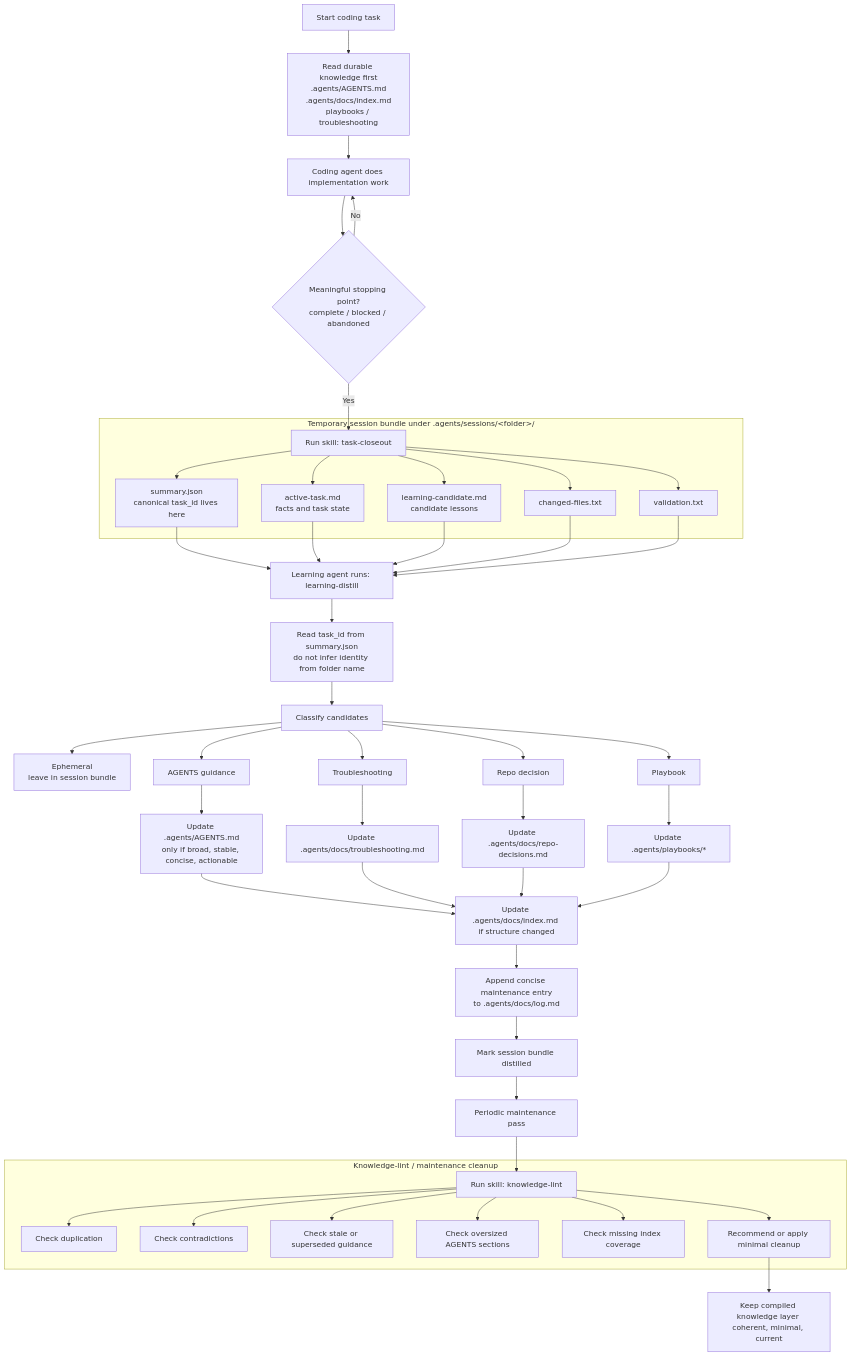
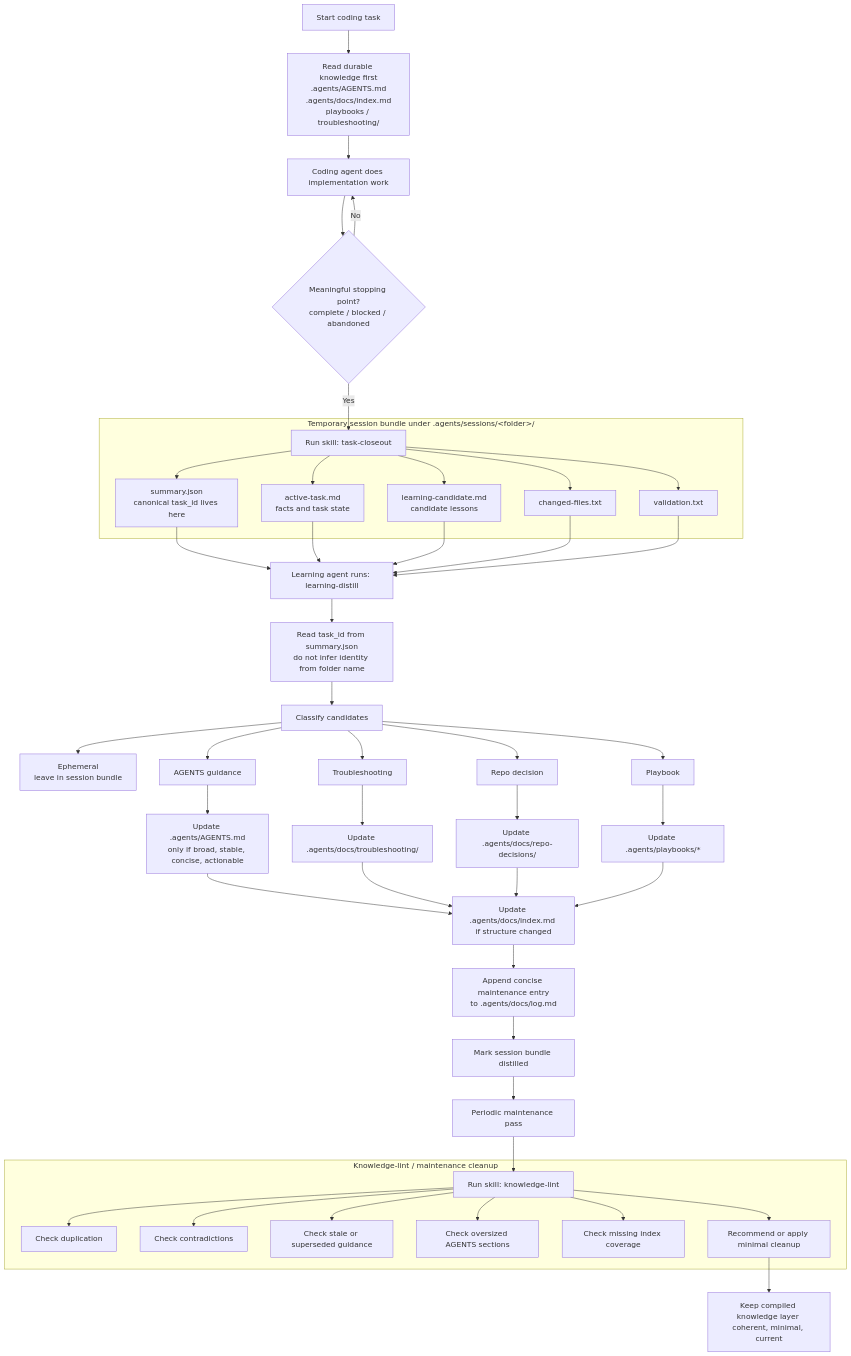
One commit to Hypercubed/Agent-Knowledge-Starter-Kit changed the diagram in docs/architecture.md. Above: the diagram before and after it, drawn with Mermaid. The commit also changed other lines of this file and 87 other files, not shown here.

````diff
--- a/docs/architecture.md
+++ b/docs/architecture.md
@@ -247,58 +251,58 @@
 ```mermaid
 flowchart TD
-    A[Start coding task] --> C[Read durable knowledge first<br/>.agents/AGENTS.md<br/>.agents/docs/index.md<br/>playbooks / troubleshooting]
+    A[Start coding task] --> C[Read durable knowledge first<br/>.agents/AGENTS.md<br/>.agents/docs/index.md<br/>playbooks / troubleshooting/]
     C --> B[Coding agent does implementation work]
     B --> D{Meaningful stopping point?<br/>complete / blocked / abandoned}
     D -- No --> B
     D -- Yes --> E[Run skill: task-closeout]
 
     subgraph SessionBundle["Temporary session bundle under .agents/sessions/&lt;folder&gt;/"]
         E --> F[summary.json<br/>canonical task_id lives here]
         E --> G[active-task.md<br/>facts and task state]
         E --> H[learning-candidate.md<br/>candidate lessons]
         E --> I[changed-files.txt]
         E --> J[validation.txt]
     end
 
     F --> K[Learning agent runs: learning-distill]
     G --> K
     H --> K
     I --> K
     J --> K
 
     K --> L[Read task_id from summary.json<br/>do not infer identity from folder name]
     L --> M[Classify candidates]
 
     M --> M1[Ephemeral<br/>leave in session bundle]
     M --> M2[AGENTS guidance]
     M --> M3[Troubleshooting]
     M --> M4[Repo decision]
     M --> M5[Playbook]
 
     M2 --> N1[Update .agents/AGENTS.md<br/>only if broad, stable, concise, actionable]
-    M3 --> N2[Update .agents/docs/troubleshooting.md]
-    M4 --> N3[Update .agents/docs/repo-decisions.md]
+    M3 --> N2[Update .agents/docs/troubleshooting/]
+    M4 --> N3[Update .agents/docs/repo-decisions/]
     M5 --> N4[Update .agents/playbooks/*]
 
     N1 --> O[Update .agents/docs/index.md if structure changed]
     N2 --> O
     N3 --> O
     N4 --> O
 
     O --> P[Append concise maintenance entry<br/>to .agents/docs/log.md]
     P --> Q[Mark session bundle distilled]
 
     Q --> R[Periodic maintenance pass]
     R --> S[Run skill: knowledge-lint]
 
     subgraph KnowledgeLint["Knowledge-lint / maintenance cleanup"]
         S --> T[Check duplication]
         S --> U[Check contradictions]
         S --> V[Check stale or superseded guidance]
         S --> W[Check oversized AGENTS sections]
         S --> X[Check missing index coverage]
         S --> Y[Recommend or apply minimal cleanup]
     end
 
     Y --> Z[Keep compiled knowledge layer coherent, minimal, current]
 ```
````
